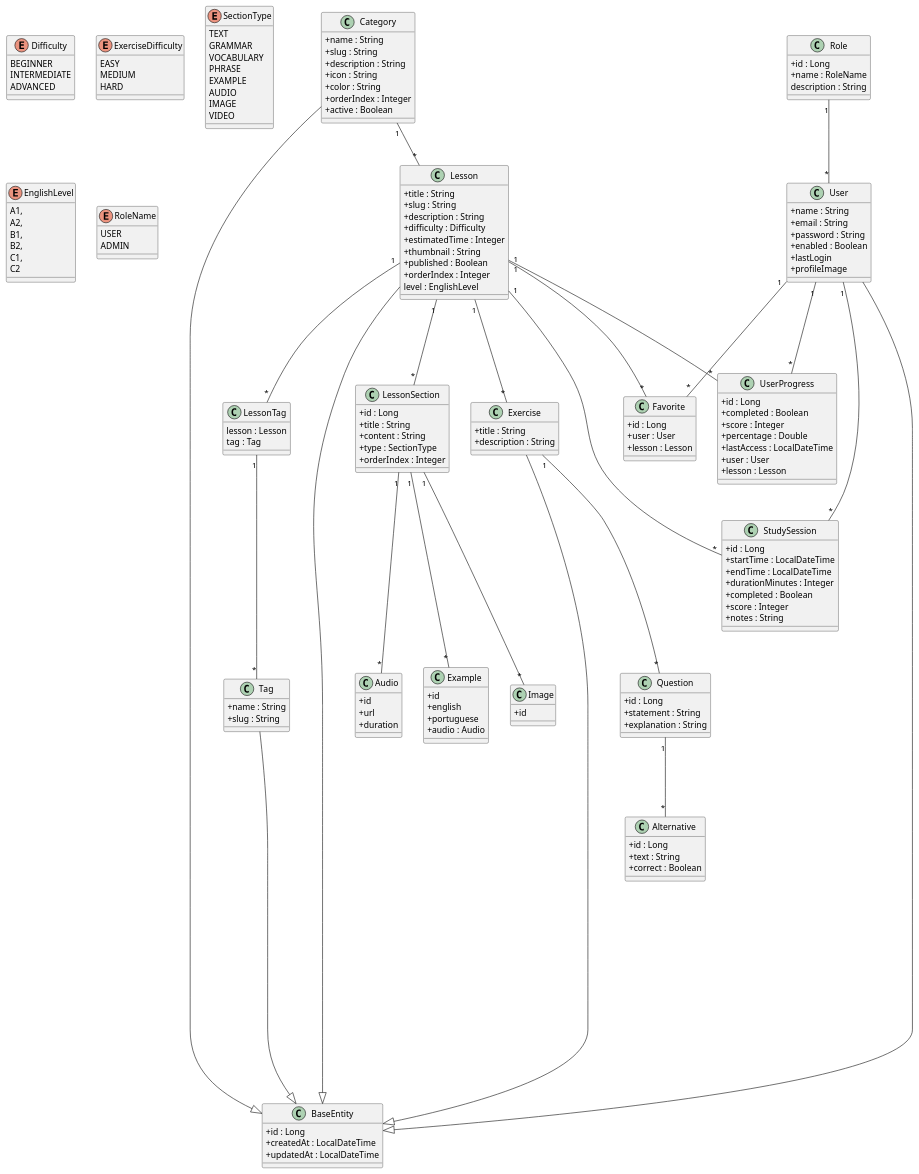
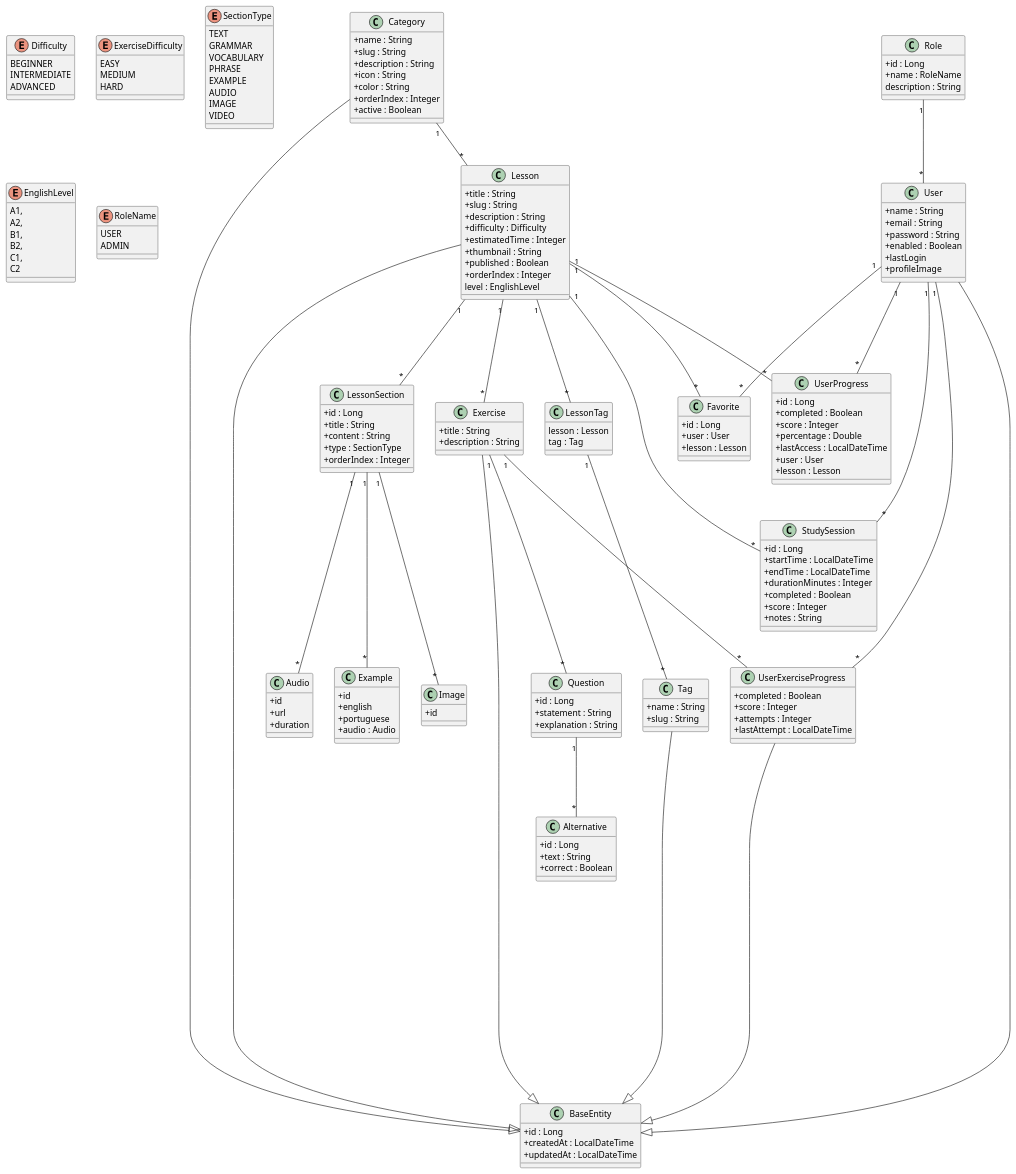
Before and after one commit to Rafael-Rodrigo1/ingles-todo-dia: the diagram in uml/plantuml/class-diagram.puml, drawn with PlantUML. The commit also changed 12 other files, not shown here.

Commit message:
feat: persist user exercise progress

```diff
--- a/uml/plantuml/class-diagram.puml
+++ b/uml/plantuml/class-diagram.puml
@@ -58,6 +58,7 @@
 +description : String
 }
 
+
 class Question {
 +id : Long
 +statement : String
@@ -84,6 +85,13 @@
 +lastAccess : LocalDateTime
 +user : User
 +lesson : Lesson
+}
+
+class UserExerciseProgress {
++completed : Boolean
++score : Integer
++attempts : Integer
++lastAttempt : LocalDateTime
 }
 
 class Tag {
@@ -169,6 +177,8 @@
 
 Exercise ----|> BaseEntity
 
+UserExerciseProgress --------|> BaseEntity
+
 Tag ---------|> BaseEntity
 
 Role "1" -- "*" User
@@ -201,6 +211,10 @@
 
 Exercise "1" --- "*" Question
 
+User "1" --- "*" UserExerciseProgress
+
+Exercise "1" --- "*" UserExerciseProgress
+
 User "1" ---- "*" StudySession
 
 Lesson "1" ---- "*" StudySession
```
